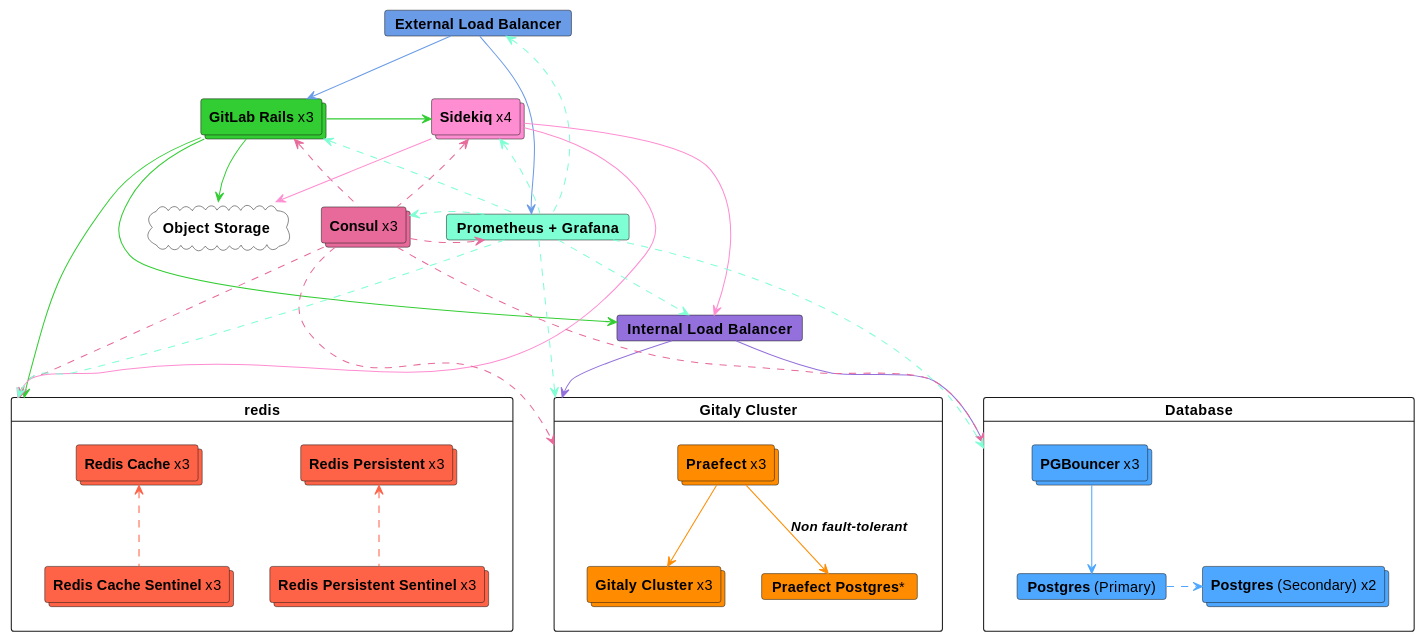
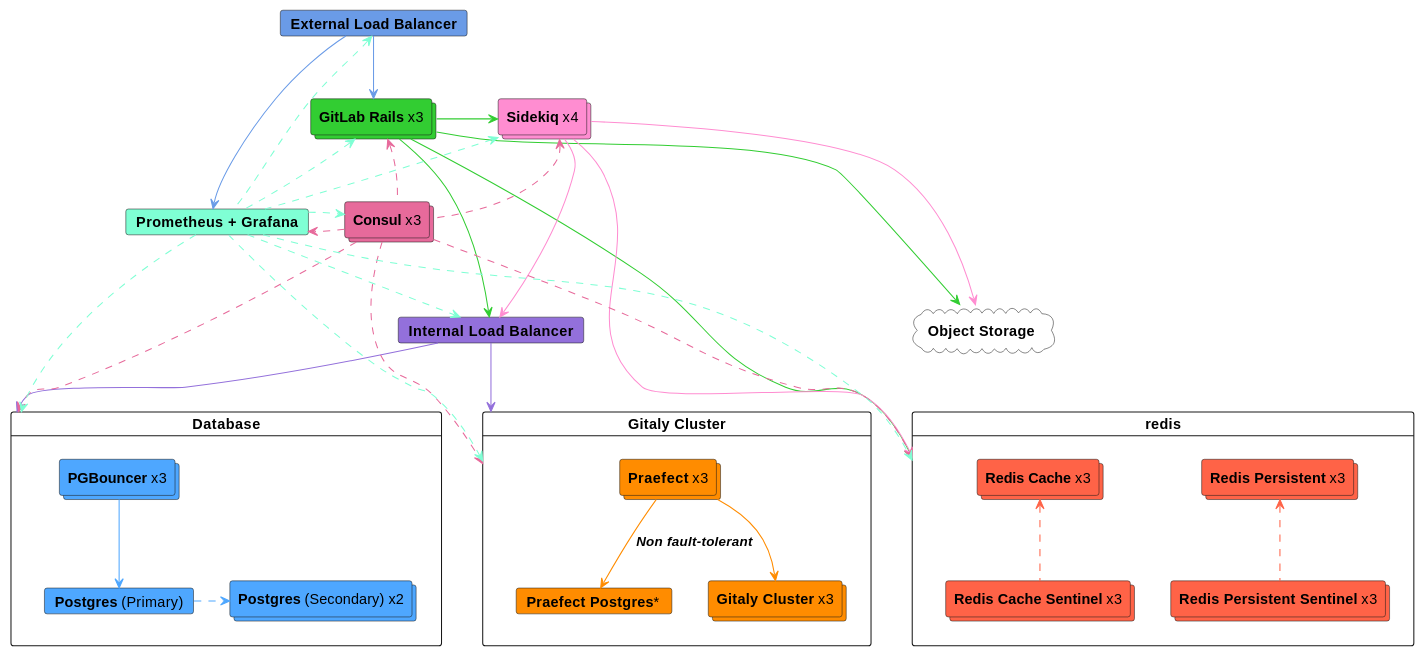
The diagram in doc/administration/reference_architectures/10k_users.md (mehulagg/gitlab), drawn with PlantUML before and after one commit.

Commit message:
Tweak new RA diagram

```diff
--- a/doc/administration/reference_architectures/10k_users.md
+++ b/doc/administration/reference_architectures/10k_users.md
@@ -45,8 +45,8 @@
 }
 
 together {
+  card "**Prometheus + Grafana**" as monitor #7FFFD4
   collections "**Consul** x3" as consul #e76a9b
-  card "**Prometheus + Grafana**" as monitor #7FFFD4
 }
 
 card "Gitaly Cluster" as gitaly_cluster {
@@ -85,35 +85,35 @@
 
 gitlab -[#32CD32]> sidekiq
 gitlab -[#32CD32]--> ilb
-gitlab -[#32CD32]-> object_storage
-gitlab -[#32CD32]---> redis
+gitlab -[#32CD32]--> object_storage
+gitlab -[#32CD32,norank]---> redis
 gitlab -[hidden]-> monitor
 gitlab -[hidden]-> consul
 
 sidekiq -[#ff8dd1]--> ilb
-sidekiq -[#ff8dd1]-> object_storage
-sidekiq -[#ff8dd1]---> redis
+sidekiq -[#ff8dd1]--> object_storage
+sidekiq -[#ff8dd1,norank]---> redis
 sidekiq -[hidden]-> monitor
 sidekiq -[hidden]-> consul
 
 ilb -[#9370DB]-> database
 ilb -[#9370DB]-> gitaly_cluster
-ilb -[norank,hidden]-> redis
+ilb -[hidden]-> redis
 
 consul .[#e76a9b]u-> gitlab
 consul .[#e76a9b]u-> sidekiq
 consul .[#e76a9b]> monitor
 consul .[#e76a9b]-> database
 consul .[#e76a9b]-> gitaly_cluster
-consul .[#e76a9b]-> redis
+consul .[#e76a9b,norank]--> redis
 
 monitor .[#7FFFD4]u-> gitlab
 monitor .[#7FFFD4]u-> sidekiq
 monitor .[#7FFFD4]> consul
 monitor .[#7FFFD4]-> database
 monitor .[#7FFFD4]-> gitaly_cluster
-monitor .[#7FFFD4]-> redis
-monitor .[#7FFFD4]-> ilb
+monitor .[#7FFFD4,norank]--> redis
+monitor .[#7FFFD4]> ilb
 monitor .[#7FFFD4,norank]u--> elb
 
 @enduml
```
